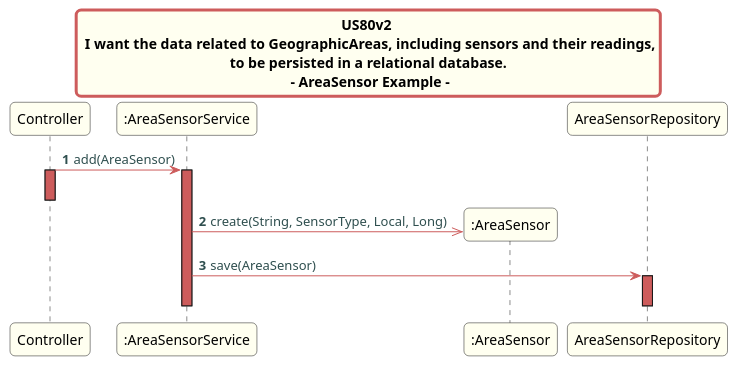
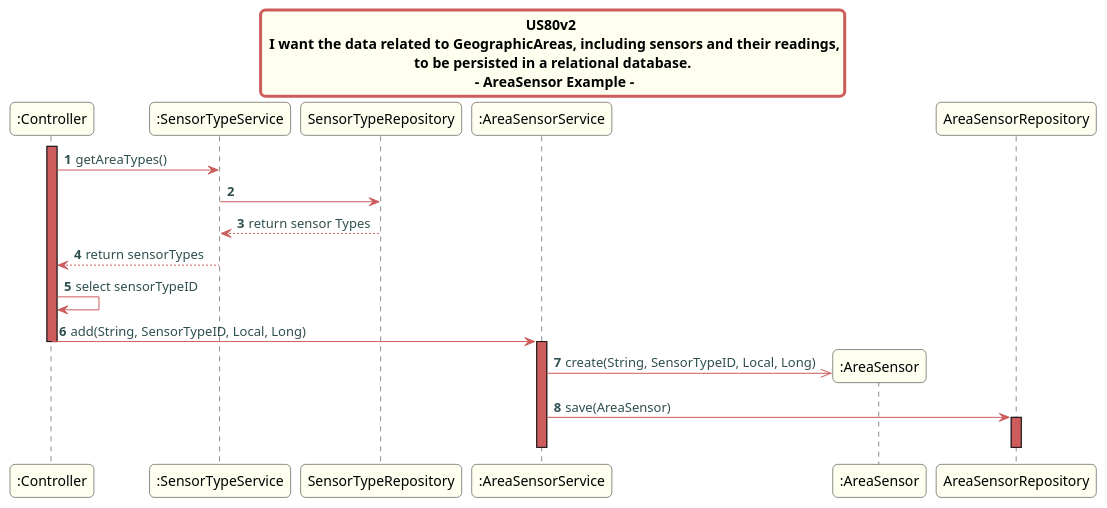
Before and after one commit to Almadanmp/project: the diagram in src/doc/Controllers/OtherUS/US80v2/US80v2Sensor.puml, drawn with PlantUML. The commit also changed 1 other file, not shown here.

Commit message:
REF#215 REF#197 Updates uml sequence diagrams

```diff
--- a/src/doc/Controllers/OtherUS/US80v2/US80v2Sensor.puml
+++ b/src/doc/Controllers/OtherUS/US80v2/US80v2Sensor.puml
@@ -1,45 +1,50 @@
 @startuml
 title US015v2 \n REF XML file.
 skinparam titleBorderRoundCorner 10
 skinparam titleBorderThickness 3
 skinparam titleBorderColor indianred
 skinparam titleBackgroundColor ivory
 skinparam FontName quicksand
 
 skinparam actor {
   BorderColor indianred
   }
 
 skinparam sequence {
   LifeLineBackgroundColor indianred
   ParticipantBackgroundColor ivory
 }
 
 skinparam roundcorner 10
 
 skinparam component {
   arrowThickness 1
   ArrowFontName Verdana
   ArrowColor indianred
   ArrowFontColor darkslategrey
 }
 
 
 title US80v2 \n I want the data related to GeographicAreas, including sensors and their readings,\n to be persisted in a relational database. \n - AreaSensor Example -
 
 autonumber
-
-Controller -> ":AreaSensorService": add(AreaSensor)
-activate Controller
-deactivate Controller
+activate ":Controller"
+":Controller" -> ":SensorTypeService": getAreaTypes()
+":SensorTypeService" -> "SensorTypeRepository"
+"SensorTypeRepository" --> ":SensorTypeService": return sensor Types
+":SensorTypeService" --> ":Controller": return sensorTypes
+":Controller"->":Controller": select sensorTypeID
+":Controller"  -> ":AreaSensorService": add(String, SensorTypeID, Local, Long)
+deactivate ":Controller"
 activate ":AreaSensorService"
 create ":AreaSensor"
 
-":AreaSensorService" ->> ":AreaSensor": create(String, SensorType, Local, Long)
+":AreaSensorService" ->> ":AreaSensor": create(String, SensorTypeID, Local, Long)
 ":AreaSensorService" -> "AreaSensorRepository": save(AreaSensor)
 activate "AreaSensorRepository"
+deactivate ":AreaSensorService"
 deactivate "AreaSensorRepository"
-deactivate ":AreaSensorService"
+
 
 
 @enduml
```
